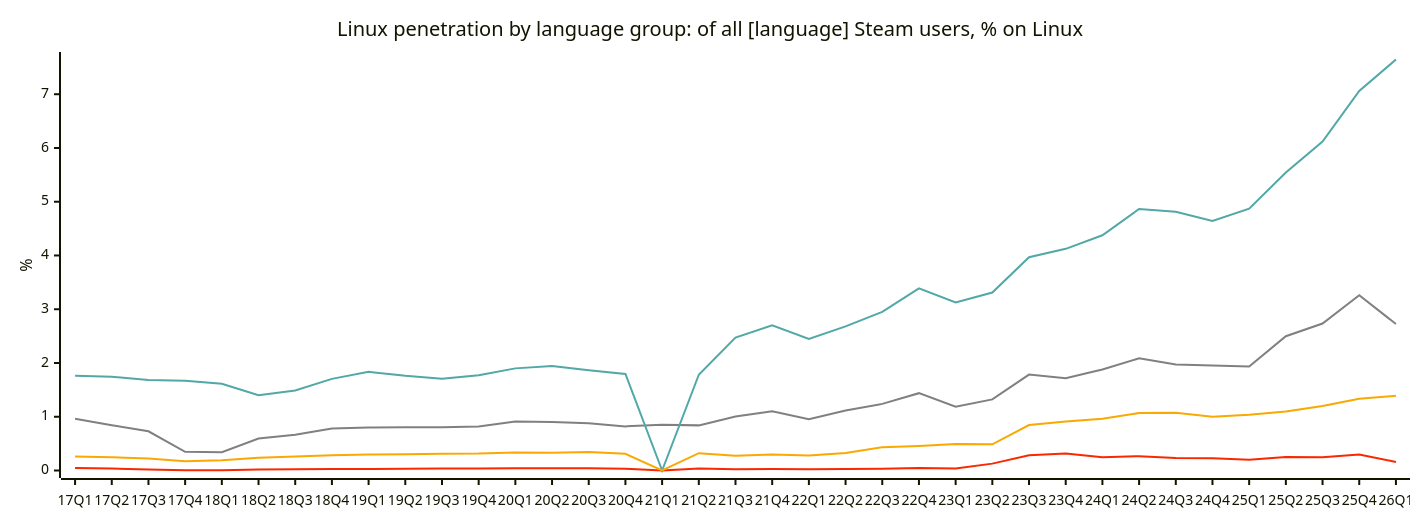
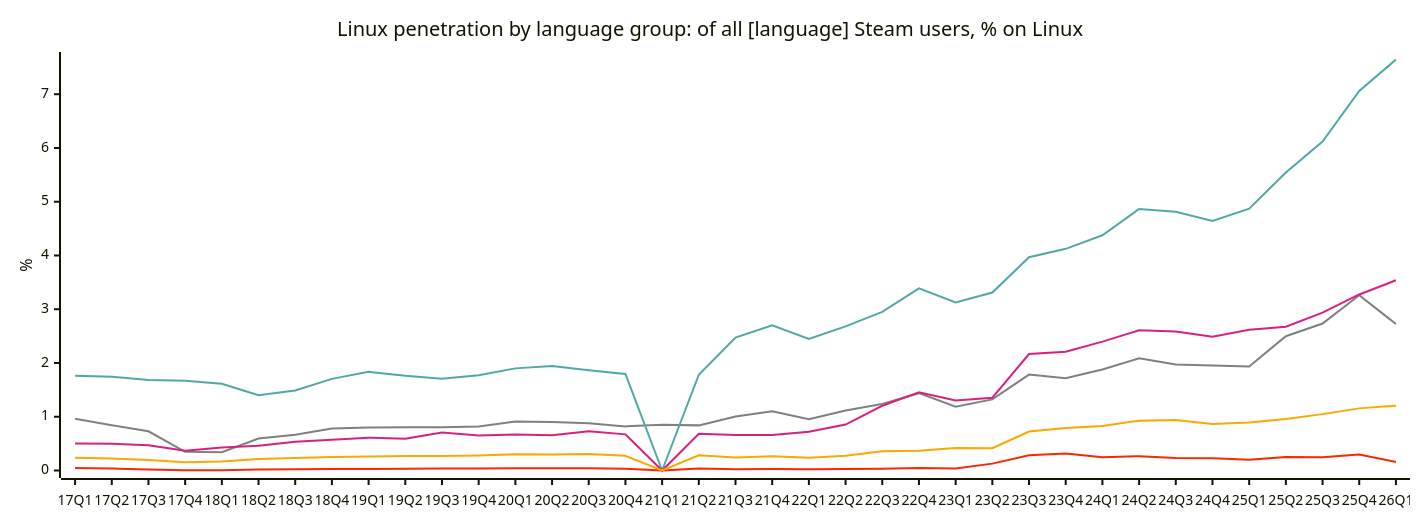
Before and after one commit to Kropatz/steamHWsurvey: diagram 32 of 32 in README.md, drawn with Mermaid. The commit also changed other lines of this file and 1 other file, not shown here.

Commit message:
add german line

````diff
--- a/README.md
+++ b/README.md
@@ -1079,22 +1079,23 @@
 ```mermaid
 ---
 config:
     xyChart:
         width: 1400
         height: 500
 
     themeVariables:
         xyChart:
-            plotColorPalette: "#808080,#51a8a6,#f92800,#f9a900"
+            plotColorPalette: "#808080,#51a8a6,#f92800,#d92080,#f9a900"
 
 ---
 
 xychart-beta
     title "Linux penetration by language group: of all [language] Steam users, % on Linux"
     x-axis [17Q1, 17Q2, 17Q3, 17Q4, 18Q1, 18Q2, 18Q3, 18Q4, 19Q1, 19Q2, 19Q3, 19Q4, 20Q1, 20Q2, 20Q3, 20Q4, 21Q1, 21Q2, 21Q3, 21Q4, 22Q1, 22Q2, 22Q3, 22Q4, 23Q1, 23Q2, 23Q3, 23Q4, 24Q1, 24Q2, 24Q3, 24Q4, 25Q1, 25Q2, 25Q3, 25Q4, 26Q1]
     y-axis "%" 
     line [0.963, 0.8423, 0.7295, 0.3467, 0.3398, 0.5935, 0.6636, 0.7792, 0.7991, 0.8058, 0.8068, 0.8207, 0.91, 0.903, 0.8788, 0.8208, 0.8494, 0.8395, 1.0026, 1.1013, 0.9542, 1.117, 1.2395, 1.4386, 1.1854, 1.3224, 1.7839, 1.7184, 1.879, 2.0876, 1.971, 1.9549, 1.9352, 2.4977, 2.7344, 3.2606, 2.7246]
     line [1.7616, 1.7434, 1.6849, 1.6704, 1.6118, 1.4019, 1.4892, 1.7042, 1.836, 1.762, 1.7087, 1.7726, 1.8999, 1.9423, 1.8628, 1.7968, 0, 1.7816, 2.4711, 2.703, 2.4466, 2.6806, 2.9514, 3.3887, 3.1264, 3.3109, 3.968, 4.124, 4.3753, 4.8662, 4.8123, 4.6422, 4.8715, 5.5444, 6.1202, 7.0597, 7.646]
     line [0.0488, 0.0373, 0.0189, 0.004, 0.0035, 0.0201, 0.0234, 0.0285, 0.0286, 0.0312, 0.0363, 0.036, 0.0409, 0.04, 0.0397, 0.031, 0, 0.0354, 0.0236, 0.0287, 0.022, 0.0263, 0.0303, 0.0471, 0.0362, 0.1277, 0.2843, 0.3148, 0.2479, 0.2662, 0.2328, 0.2275, 0.1995, 0.2505, 0.2479, 0.2994, 0.1595]
-    line [0.2605, 0.2465, 0.2218, 0.1718, 0.1909, 0.2392, 0.2596, 0.2819, 0.2957, 0.3011, 0.3121, 0.3153, 0.3365, 0.3287, 0.3456, 0.3102, 0, 0.3221, 0.2755, 0.2992, 0.2774, 0.3236, 0.433, 0.4546, 0.4912, 0.4863, 0.8451, 0.9137, 0.9632, 1.0681, 1.0754, 1.0009, 1.035, 1.0973, 1.2014, 1.3336, 1.3913]
+    line [0.5013, 0.4985, 0.4686, 0.3689, 0.4258, 0.4625, 0.5347, 0.5719, 0.6106, 0.5928, 0.7048, 0.653, 0.6712, 0.6559, 0.7288, 0.6722, 0, 0.6845, 0.6593, 0.6624, 0.7208, 0.8551, 1.2049, 1.4544, 1.3023, 1.3549, 2.1666, 2.209, 2.3978, 2.6086, 2.5875, 2.4883, 2.6168, 2.6755, 2.9356, 3.2746, 3.5383]
+    line [0.2371, 0.2218, 0.1965, 0.1536, 0.1678, 0.2154, 0.2305, 0.2508, 0.2615, 0.2694, 0.2707, 0.2791, 0.3016, 0.2959, 0.3068, 0.273, 0, 0.2839, 0.2409, 0.2645, 0.2357, 0.2742, 0.3603, 0.3655, 0.4176, 0.4138, 0.7251, 0.7911, 0.8297, 0.927, 0.9392, 0.8666, 0.8943, 0.956, 1.0489, 1.1557, 1.2065]
 ``` 
````
